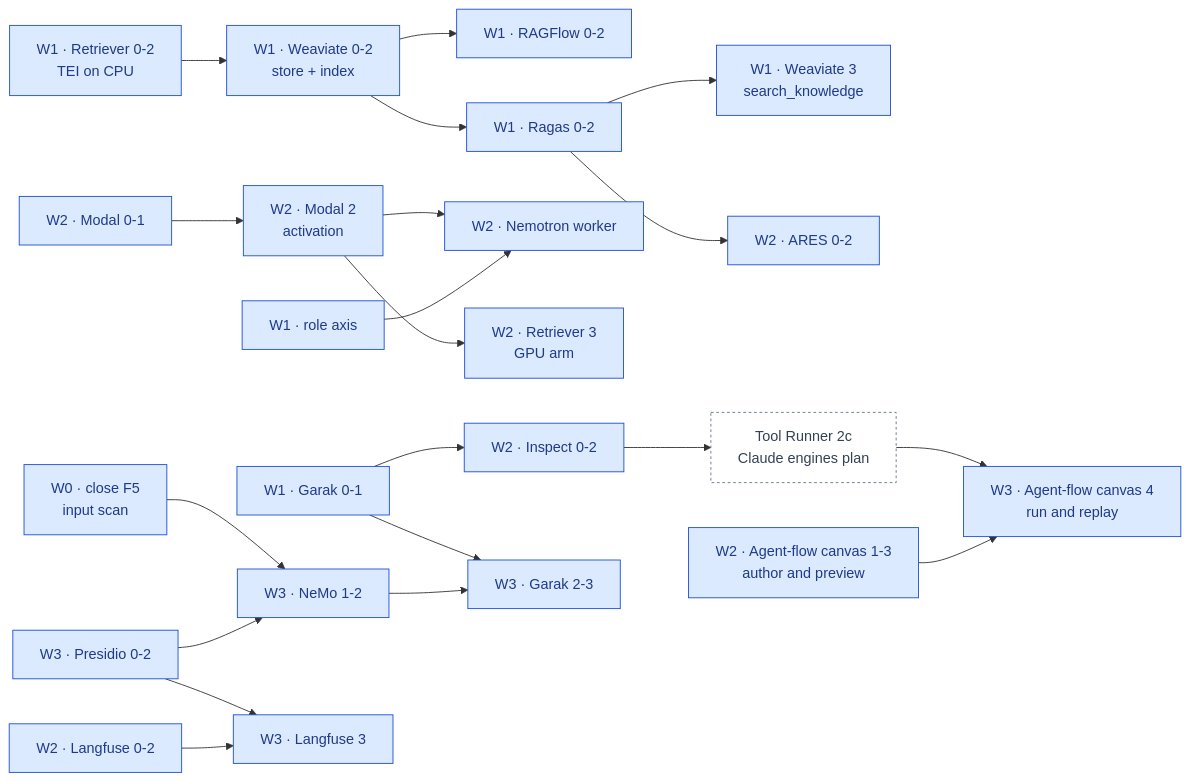
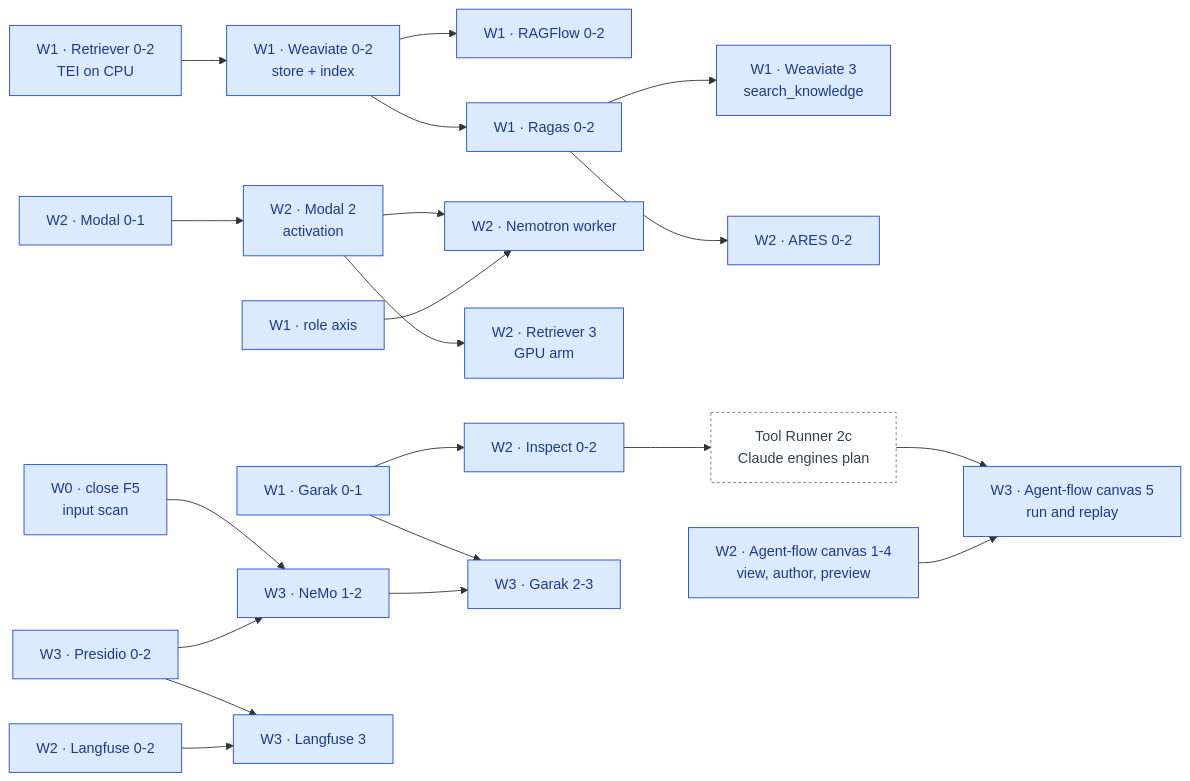
The fourth of 5 diagrams in docs/ai-architecture-roadmap.md (RodnaPamet/inflect-compliance), drawn with Mermaid before and after one commit. The commit also changed other lines of this file and 1 other file, not shown here.

First line of the commit message:
docs(ai-architecture): every agent can be viewed on the canvas, however it was created

````diff
--- a/docs/ai-architecture-roadmap.md
+++ b/docs/ai-architecture-roadmap.md
@@ -457,48 +458,48 @@
 ```mermaid
 flowchart LR
   F5["W0 · close F5<br/>input scan"]:::todo
   RT1["W1 · Retriever 0-2<br/>TEI on CPU"]:::todo
   WV2["W1 · Weaviate 0-2<br/>store + index"]:::todo
   RF2["W1 · RAGFlow 0-2"]:::todo
   RA2["W1 · Ragas 0-2"]:::todo
   WV3["W1 · Weaviate 3<br/>search_knowledge"]:::todo
   AR2["W2 · ARES 0-2"]:::todo
   GA1["W1 · Garak 0-1"]:::todo
   MD1["W2 · Modal 0-1"]:::todo
   MD2["W2 · Modal 2<br/>activation"]:::todo
   RX1["W1 · role axis"]:::todo
   NW2["W2 · Nemotron worker"]:::todo
   RT3["W2 · Retriever 3<br/>GPU arm"]:::todo
   IS2["W2 · Inspect 0-2"]:::todo
   TR2C["Tool Runner 2c<br/>Claude engines plan"]:::ext
-  AF1["W2 · Agent-flow canvas 1-3<br/>author and preview"]:::todo
-  AF4["W3 · Agent-flow canvas 4<br/>run and replay"]:::todo
+  AF1["W2 · Agent-flow canvas 1-4<br/>view, author, preview"]:::todo
+  AF4["W3 · Agent-flow canvas 5<br/>run and replay"]:::todo
   LU2["W2 · Langfuse 0-2"]:::todo
   PR2["W3 · Presidio 0-2"]:::todo
   NG2["W3 · NeMo 1-2"]:::todo
   LU3["W3 · Langfuse 3"]:::todo
   GA2["W3 · Garak 2-3"]:::todo
 
   RT1 --> WV2
   WV2 --> RF2
   WV2 --> RA2
   RA2 --> WV3
   RA2 --> AR2
   MD1 --> MD2
   MD2 --> NW2
   MD2 --> RT3
   RX1 --> NW2
   GA1 --> IS2
   IS2 --> TR2C
   TR2C --> AF4
   AF1 --> AF4
   F5 --> NG2
   PR2 --> NG2
   PR2 --> LU3
   LU2 --> LU3
   GA1 --> GA2
   NG2 --> GA2
 
   classDef todo fill:#dbeafe,stroke:#1d4ed8,color:#1e3a8a
   classDef ext fill:#ffffff,stroke:#64748b,color:#334155,stroke-dasharray:3 3
 ```
````
